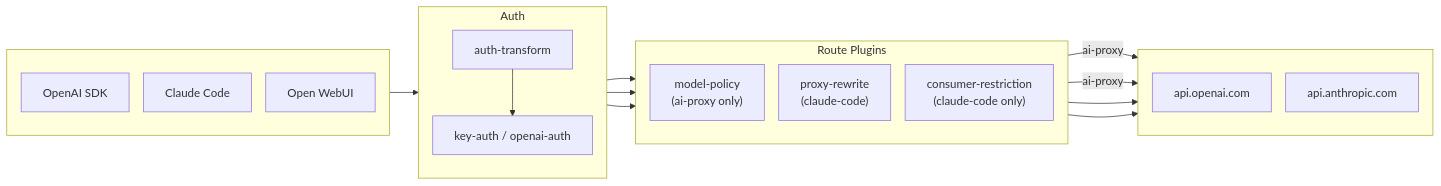
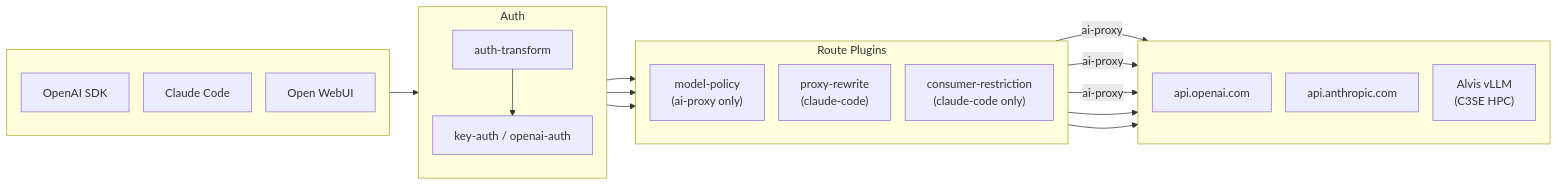
Before and after one commit to wikefjol/prod-gateway: the diagram in docs/diagrams/request-flow.md, drawn with Mermaid. The commit also changed 12 other files, not shown here.

First line of the commit message:
feat: add Alvis vLLM models to gateway (#57)

````diff
--- a/docs/diagrams/request-flow.md
+++ b/docs/diagrams/request-flow.md
@@ -3,40 +3,41 @@
 ```mermaid
 ---
 config:
   flowchart:
     nodeSpacing: 20
     rankSpacing: 40
 ---
 flowchart LR
     subgraph Clients[" "]
         direction TB
         SDK[OpenAI SDK]
         CC[Claude Code]
         WebUI[Open WebUI]
     end
 
     subgraph Auth["Auth"]
         direction TB
         AT[auth-transform]
         KA[key-auth / openai-auth]
     end
 
     subgraph Routes["Route Plugins"]
         direction TB
         MP["model-policy<br/>(ai-proxy only)"]
         PR["proxy-rewrite<br/>(claude-code)"]
         CR["consumer-restriction<br/>(claude-code only)"]
     end
 
     subgraph Upstreams[" "]
         direction TB
         OAI[api.openai.com]
         ANT[api.anthropic.com]
+        VLLM["Alvis vLLM<br/>(C3SE HPC)"]
     end
 
     Clients --> AT --> KA
     KA --> MP & PR & CR
-    MP -->|"ai-proxy"| OAI & ANT
+    MP -->|"ai-proxy"| OAI & ANT & VLLM
     PR --> ANT
     CR --> ANT
 ```
````
